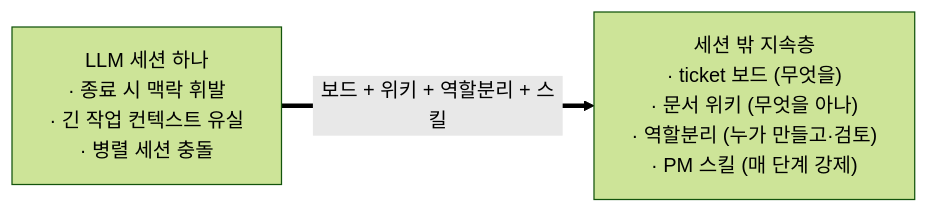
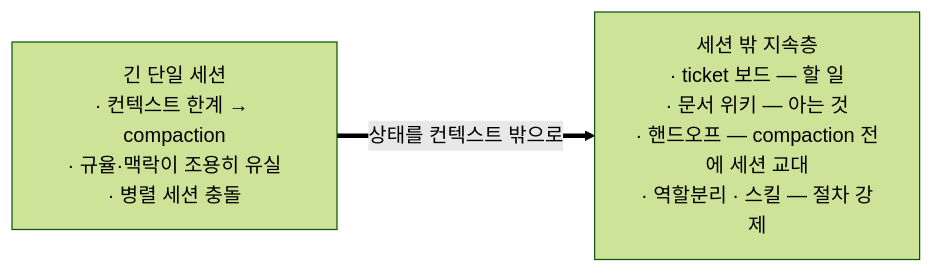
One commit to sumin-ahn/project_manager changed the first of 4 diagrams in README.md. Above: the diagram before and after it, drawn with Mermaid (forest theme). The commit also changed other lines of this file, not shown here.

Commit message:
T-0232 — README 문제 절에 핵심 동기(compaction 방지) 복원: 규율 유실 문제·티켓 단위 작업·핸드오프 트리거 연결 (사용자 피드백)

````diff
--- a/README.md
+++ b/README.md
@@ -23,6 +31,6 @@
 ```mermaid
 flowchart LR
-    A["LLM 세션 하나<br/>· 종료 시 맥락 휘발<br/>· 긴 작업 컨텍스트 유실<br/>· 병렬 세션 충돌"]
-    B["세션 밖 지속층<br/>· ticket 보드 (무엇을)<br/>· 문서 위키 (무엇을 아나)<br/>· 역할분리 (누가 만들고·검토)<br/>· PM 스킬 (매 단계 강제)"]
-    A ==>|"보드 + 위키 + 역할분리 + 스킬"| B
+    A["긴 단일 세션<br/>· 컨텍스트 한계 → compaction<br/>· 규율·맥락이 조용히 유실<br/>· 병렬 세션 충돌"]
+    B["세션 밖 지속층<br/>· ticket 보드 — 할 일<br/>· 문서 위키 — 아는 것<br/>· 핸드오프 — compaction 전에 세션 교대<br/>· 역할분리 · 스킬 — 절차 강제"]
+    A ==>|"상태를 컨텍스트 밖으로"| B
 ```
````
